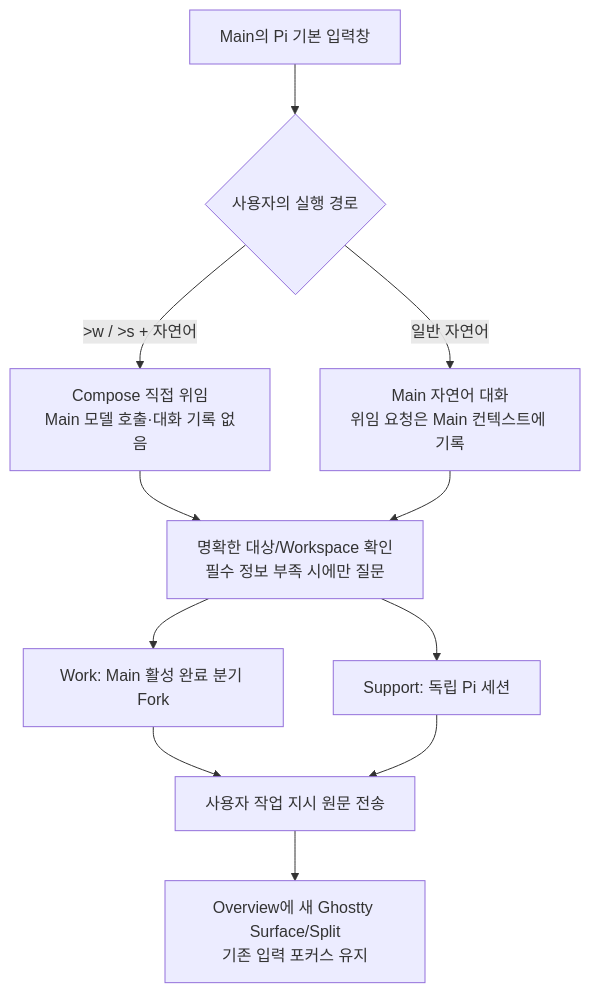
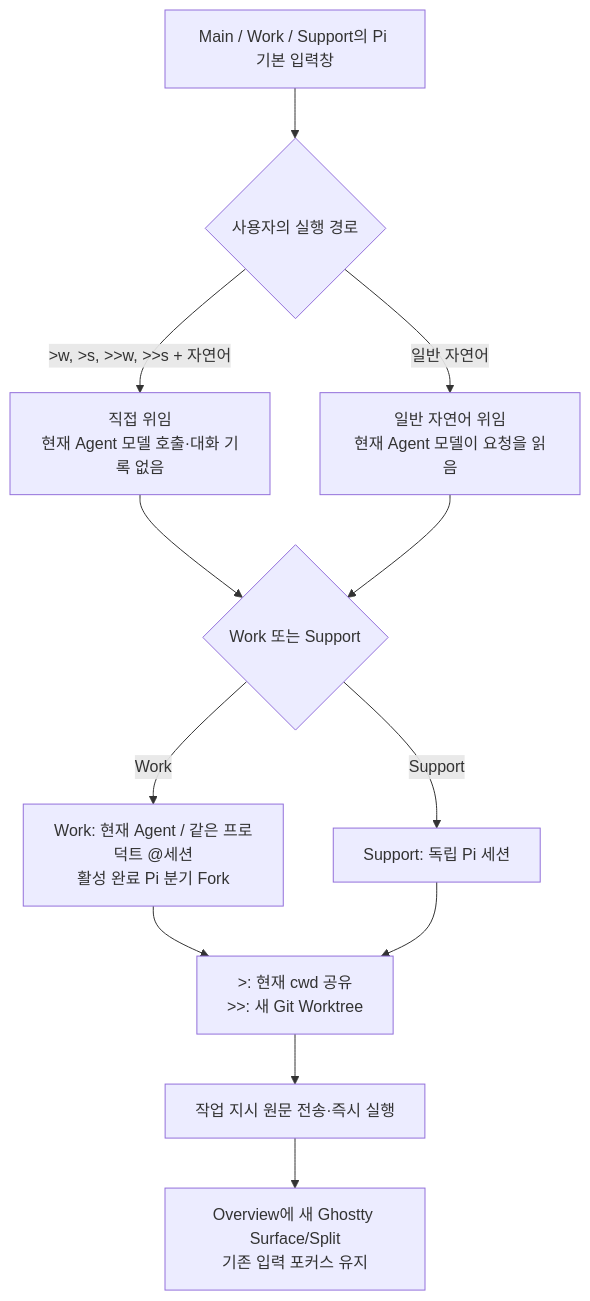
Before and after one commit to SEONGMINY/pi-compose: the second of 3 diagrams in docs/ARCHITECTURE.md, drawn with Mermaid. The commit also changed other lines of this file, not shown here.

Commit message:
docs: Agent 다중 Fork와 Git Worktree 명령 계약 반영

````diff
--- a/docs/ARCHITECTURE.md
+++ b/docs/ARCHITECTURE.md
@@ -55,22 +55,24 @@
 ```mermaid
 flowchart TD
-    I["Main의 Pi 기본 입력창"]
+    I["Main / Work / Support의 Pi 기본 입력창"]
     Q{"사용자의 실행 경로"}
-    D["Compose 직접 위임\nMain 모델 호출·대화 기록 없음"]
-    N["Main 자연어 대화\n위임 요청은 Main 컨텍스트에 기록"]
-    R["명확한 대상/Workspace 확인\n필수 정보 부족 시에만 질문"]
-    W["Work: Main 활성 완료 분기 Fork"]
+    D["직접 위임\n현재 Agent 모델 호출·대화 기록 없음"]
+    N["일반 자연어 위임\n현재 Agent 모델이 요청을 읽음"]
+    R{"Work 또는 Support"}
+    W["Work: 현재 Agent / 같은 프로덕트 @세션\n활성 완료 Pi 분기 Fork"]
     S["Support: 독립 Pi 세션"]
-    P["사용자 작업 지시 원문 전송"]
+    C[">: 현재 cwd 공유\n>>: 새 Git Worktree"]
+    P["작업 지시 원문 전송·즉시 실행"]
     G["Overview에 새 Ghostty Surface/Split\n기존 입력 포커스 유지"]
     I --> Q
-    Q -->|">w / >s + 자연어"| D
+    Q -->|">w, >s, >>w, >>s + 자연어"| D
     Q -->|"일반 자연어"| N
     D --> R
     N --> R
-    R --> W
-    R --> S
-    W --> P
-    S --> P
+    R -->|Work| W
+    R -->|Support| S
+    W --> C
+    S --> C
+    C --> P
     P --> G
 ```
````
